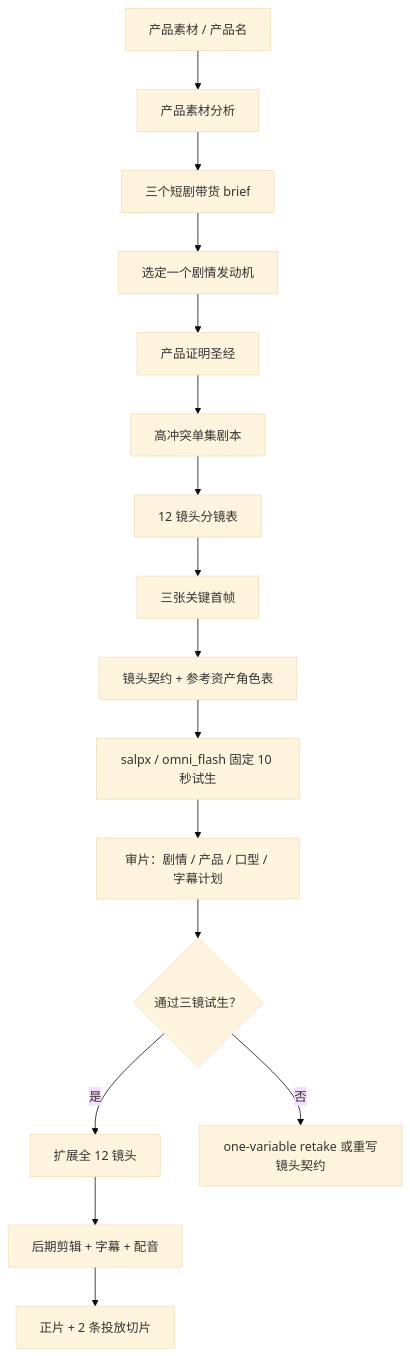
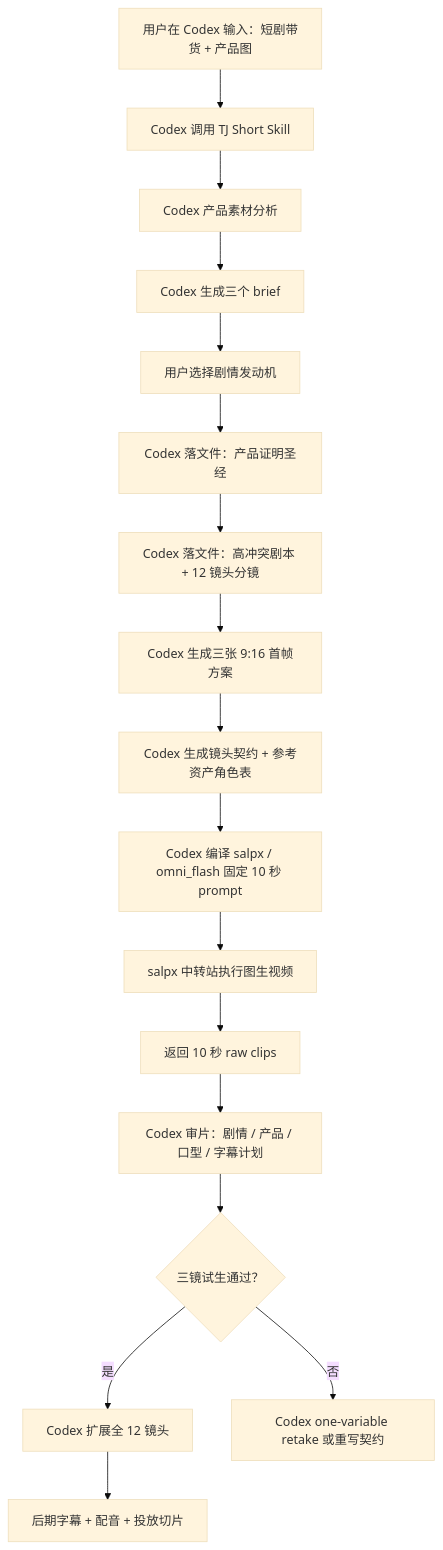
One commit to tttg2010/tj-short changed the diagram in README.md. Above: the diagram before and after it, drawn with Mermaid (base theme). The commit also changed other lines of this file and 3 other files, not shown here.

Commit message:
Reposition as Codex short drama skill

````diff
--- a/README.md
+++ b/README.md
@@ -78,18 +101,19 @@
 ```mermaid
 flowchart TD
-  A["产品素材 / 产品名"] --> B["产品素材分析"]
-  B --> C["三个短剧带货 brief"]
-  C --> D["选定一个剧情发动机"]
-  D --> E["产品证明圣经"]
-  E --> F["高冲突单集剧本"]
-  F --> G["12 镜头分镜表"]
-  G --> H["三张关键首帧"]
-  H --> I["镜头契约 + 参考资产角色表"]
-  I --> J["salpx / omni_flash 固定 10 秒试生"]
-  J --> K["审片：剧情 / 产品 / 口型 / 字幕计划"]
-  K --> L{"通过三镜试生？"}
-  L -- "是" --> M["扩展全 12 镜头"]
-  L -- "否" --> N["one-variable retake 或重写镜头契约"]
-  M --> O["后期剪辑 + 字幕 + 配音"]
-  O --> P["正片 + 2 条投放切片"]
+  A["用户在 Codex 输入：短剧带货 + 产品图"] --> B["Codex 调用 TJ Short Skill"]
+  B --> C["Codex 产品素材分析"]
+  C --> D["Codex 生成三个 brief"]
+  D --> E["用户选择剧情发动机"]
+  E --> F["Codex 落文件：产品证明圣经"]
+  F --> G["Codex 落文件：高冲突剧本 + 12 镜头分镜"]
+  G --> H["Codex 生成三张 9:16 首帧方案"]
+  H --> I["Codex 生成镜头契约 + 参考资产角色表"]
+  I --> J["Codex 编译 salpx / omni_flash 固定 10 秒 prompt"]
+  J --> K["salpx 中转站执行图生视频"]
+  K --> L["返回 10 秒 raw clips"]
+  L --> M["Codex 审片：剧情 / 产品 / 口型 / 字幕计划"]
+  M --> N{"三镜试生通过？"}
+  N -- "是" --> O["Codex 扩展全 12 镜头"]
+  N -- "否" --> P["Codex one-variable retake 或重写契约"]
+  O --> Q["后期字幕 + 配音 + 投放切片"]
 ```
````
